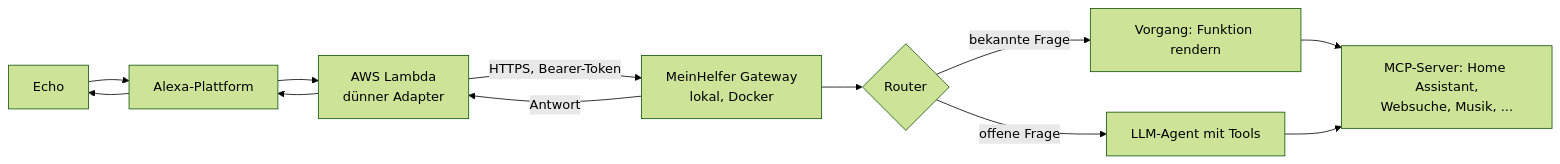
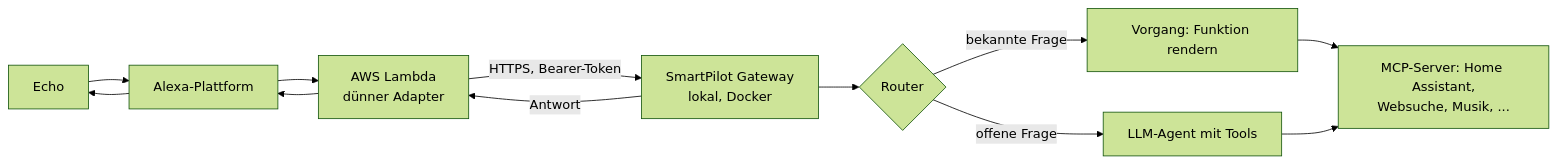
The diagram in README.md (dezihh/meinhelfer), drawn with Mermaid (forest theme) before and after one commit. The commit also changed other lines of this file and 45 other files, not shown here.

First line of the commit message:
refactor: rename project to SmartPilot

````diff
--- a/README.md
+++ b/README.md
@@ -21,11 +21,11 @@
 ```mermaid
 flowchart LR
     E[Echo] --> P[Alexa-Plattform] --> L[AWS Lambda<br/>dünner Adapter]
-    L -->|HTTPS, Bearer-Token| G[MeinHelfer Gateway<br/>lokal, Docker]
+    L -->|HTTPS, Bearer-Token| G[SmartPilot Gateway<br/>lokal, Docker]
     G --> R{Router}
     R -->|bekannte Frage| V[Vorgang: Funktion rendern]
     R -->|offene Frage| A[LLM-Agent mit Tools]
     V --> M[MCP-Server: Home Assistant,<br/>Websuche, Musik, ...]
     A --> M
     G -->|Antwort| L --> P --> E
 ```
````
